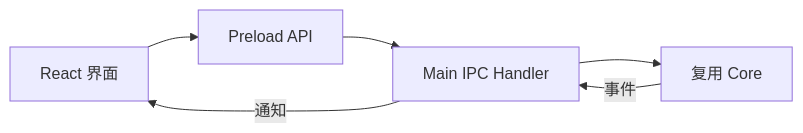
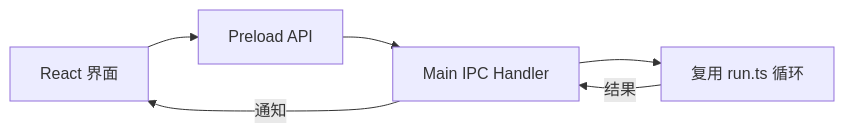
The fourth of 6 diagrams in docs/learning/01-roadmap.md (Yahacc/yagent), drawn with Mermaid before and after one commit. The commit also changed other lines of this file and 32 other files, not shown here.

Commit message:
feat: mock agent flow

````diff
--- a/docs/learning/01-roadmap.md
+++ b/docs/learning/01-roadmap.md
@@ -90,8 +95,8 @@
 ```mermaid
 flowchart LR
   UI[React 界面] --> Bridge[Preload API]
   Bridge --> IPC[Main IPC Handler]
-  IPC --> Core[复用 Core]
-  Core -->|事件| IPC
+  IPC --> Loop[复用 run.ts 循环]
+  Loop -->|结果| IPC
   IPC -->|通知| UI
 ```
````
